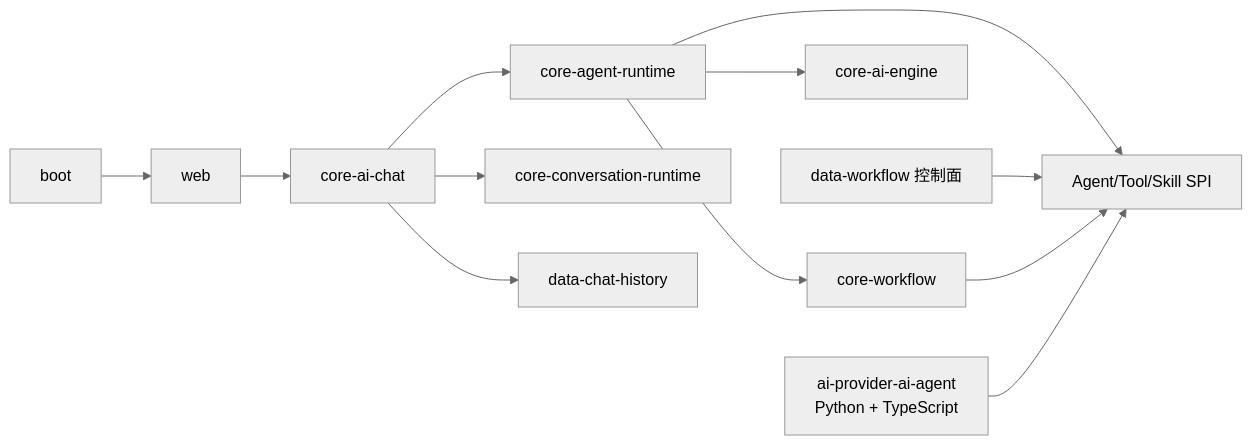
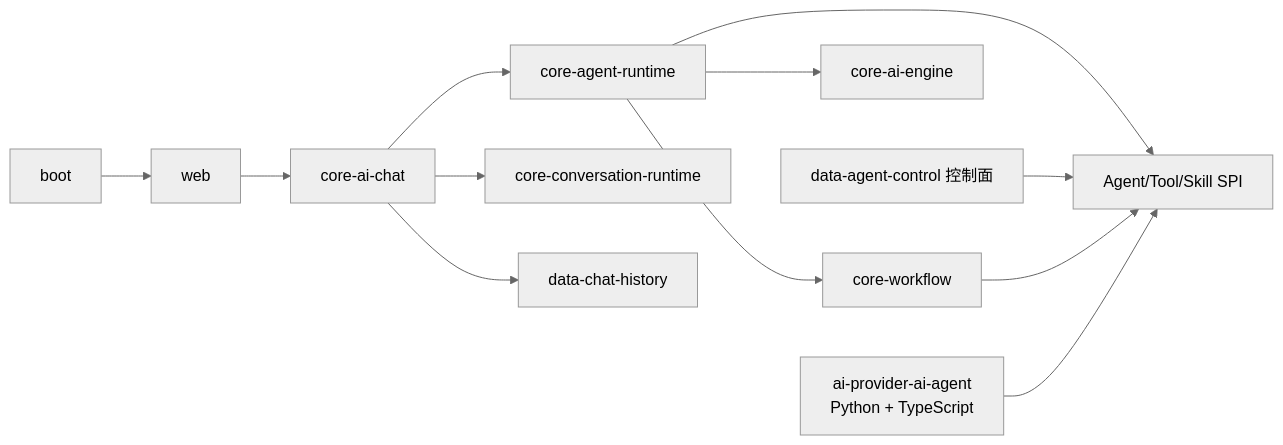
The fifth of 5 diagrams in docs/plans/202607/designs/agent-first-chat-service-refactoring-design.md (jouzitong/ai-assit-platform), drawn with Mermaid (neutral theme) before and after one commit. The commit also changed other lines of this file and 172 other files, not shown here.

```diff
--- a/docs/plans/202607/designs/agent-first-chat-service-refactoring-design.md
+++ b/docs/plans/202607/designs/agent-first-chat-service-refactoring-design.md
@@ -909,14 +909,14 @@
 ~~~mermaid
 flowchart LR
     BOOT["boot"] --> WEB["web"]
     WEB --> CHAT["core-ai-chat"]
     CHAT --> AR["core-agent-runtime"]
     CHAT --> CR["core-conversation-runtime"]
     AR --> WF["core-workflow"]
     AR --> ENG["core-ai-engine"]
     AR --> SPI["Agent/Tool/Skill SPI"]
-    DW["data-workflow 控制面"] --> SPI
+    DW["data-agent-control 控制面"] --> SPI
     WF --> SPI
     CHAT --> HD["data-chat-history"]
     RT["ai-provider-ai-agent\nPython + TypeScript"] --> SPI
 ~~~
```
